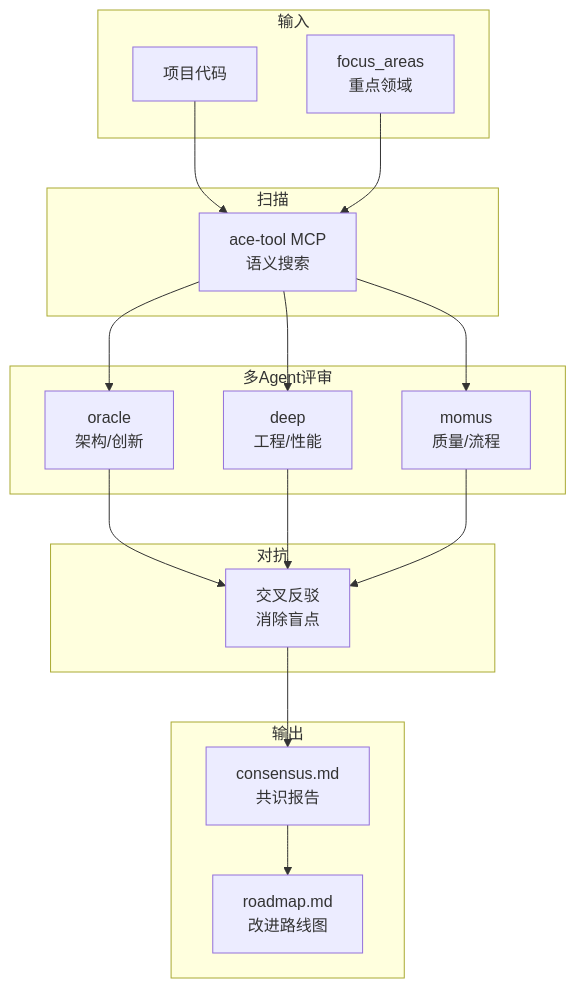
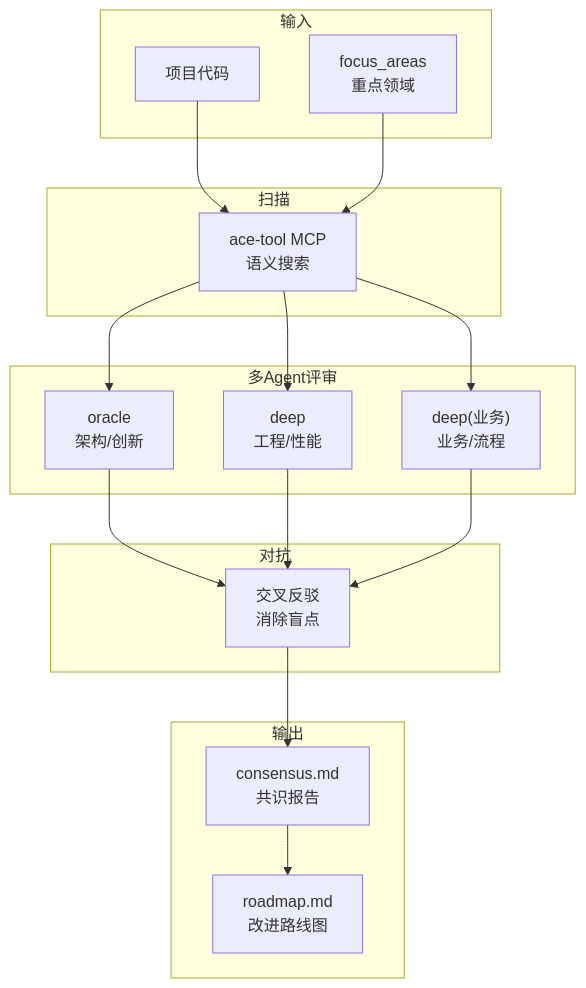
The diagram in review/CLAUDE.md (iwen-conf/Skills), drawn with Mermaid before and after one commit. The commit also changed other lines of this file, not shown here.

Commit message:
docs: 同步 review 模块 Agent 角色为 deep(业务)

````diff
--- a/review/CLAUDE.md
+++ b/review/CLAUDE.md
@@ -115,37 +114,37 @@
 ```mermaid
 graph TD
     subgraph 输入
         PROJ["项目代码"]
         FOCUS["focus_areas<br/>重点领域"]
     end
 
     subgraph 扫描
         ACE["ace-tool MCP<br/>语义搜索"]
     end
 
     subgraph 多Agent评审
         OR["oracle<br/>架构/创新"]
         DP["deep<br/>工程/性能"]
-        MM["momus<br/>质量/流程"]
+        MM["deep(业务)<br/>业务/流程"]
     end
 
     subgraph 对抗
         CRIT["交叉反驳<br/>消除盲点"]
     end
 
     subgraph 输出
         CONS["consensus.md<br/>共识报告"]
         ROAD["roadmap.md<br/>改进路线图"]
     end
 
     PROJ --> ACE
     FOCUS --> ACE
     ACE --> OR
     ACE --> DP
     ACE --> MM
     OR --> CRIT
     DP --> CRIT
     MM --> CRIT
     CRIT --> CONS
     CONS --> ROAD
 ```
````
